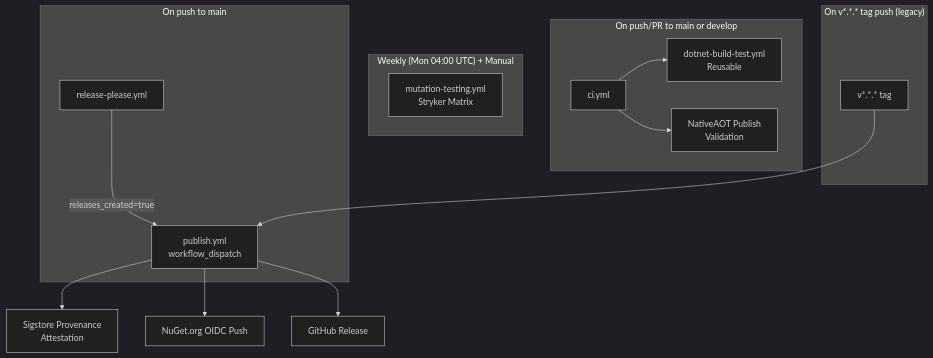
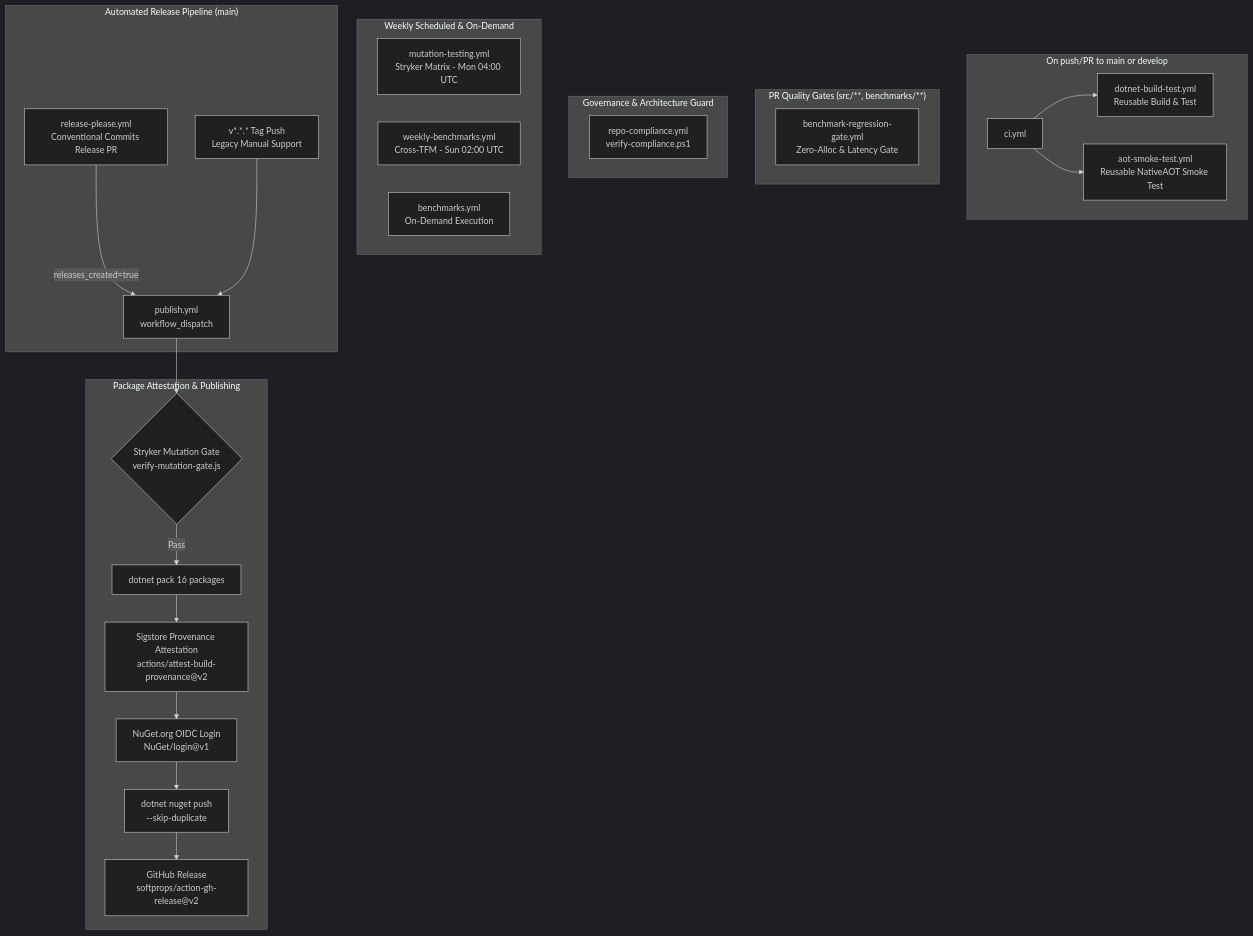
Before and after one commit to ericksonlopezf/dotnet-processes: the diagram in docs/ci-cd.md, drawn with Mermaid (dark theme). The commit also changed other lines of this file and 232 other files, not shown here.

````diff
--- a/docs/ci-cd.md
+++ b/docs/ci-cd.md
@@ -9,23 +9,35 @@
 ```mermaid
 flowchart TD
     subgraph "On push/PR to main or develop"
-        CI[ci.yml] --> BT[dotnet-build-test.yml\nReusable]
-        CI --> AOT[NativeAOT Publish\nValidation]
+        CI[ci.yml] --> BT[dotnet-build-test.yml\nReusable Build & Test]
+        CI --> AOT[aot-smoke-test.yml\nReusable NativeAOT Smoke Test]
     end
 
-    subgraph "Weekly (Mon 04:00 UTC) + Manual"
-        MUT[mutation-testing.yml\nStryker Matrix]
+    subgraph "PR Quality Gates (src/**, benchmarks/**)"
+        BRG[benchmark-regression-gate.yml\nZero-Alloc & Latency Gate]
     end
 
-    subgraph "On push to main"
-        RP[release-please.yml] -->|releases_created=true| PUB[publish.yml\nworkflow_dispatch]
+    subgraph "Governance & Architecture Guard"
+        RC[repo-compliance.yml\nverify-compliance.ps1]
     end
 
-    subgraph "On v*.*.* tag push (legacy)"
-        TAG[v*.*.* tag] --> PUB
+    subgraph "Weekly Scheduled & On-Demand"
+        MUT[mutation-testing.yml\nStryker Matrix - Mon 04:00 UTC]
+        WBM[weekly-benchmarks.yml\nCross-TFM - Sun 02:00 UTC]
+        BM[benchmarks.yml\nOn-Demand Execution]
     end
 
-    PUB --> SIGN[Sigstore Provenance\nAttestation]
-    PUB --> NUGET[NuGet.org OIDC Push]
-    PUB --> REL[GitHub Release]
+    subgraph "Automated Release Pipeline (main)"
+        RP[release-please.yml\nConventional Commits Release PR] -->|releases_created=true| PUB[publish.yml\nworkflow_dispatch]
+        TAG[v*.*.* Tag Push\nLegacy Manual Support] --> PUB
+    end
+
+    subgraph "Package Attestation & Publishing"
+        PUB --> MUT_CHECK{Stryker Mutation Gate\nverify-mutation-gate.js}
+        MUT_CHECK -->|Pass| PACK[dotnet pack 16 packages]
+        PACK --> SIGN[Sigstore Provenance Attestation\nactions/attest-build-provenance@v2]
+        SIGN --> OIDC[NuGet.org OIDC Login\nNuGet/login@v1]
+        OIDC --> PUSH[dotnet nuget push\n--skip-duplicate]
+        PUSH --> REL[GitHub Release\nsoftprops/action-gh-release@v2]
+    end
 ```
````
